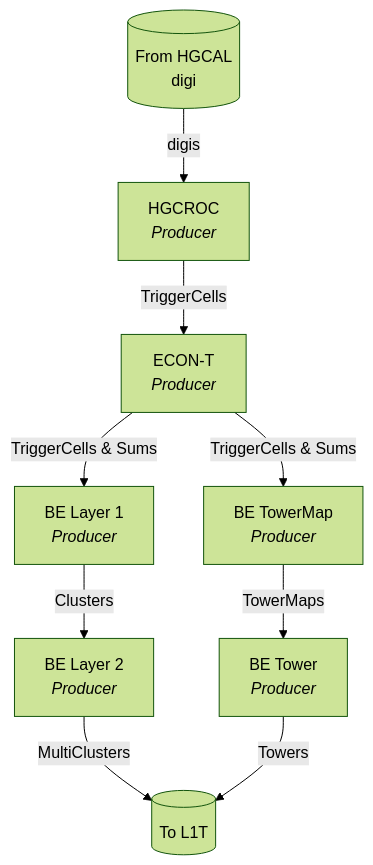
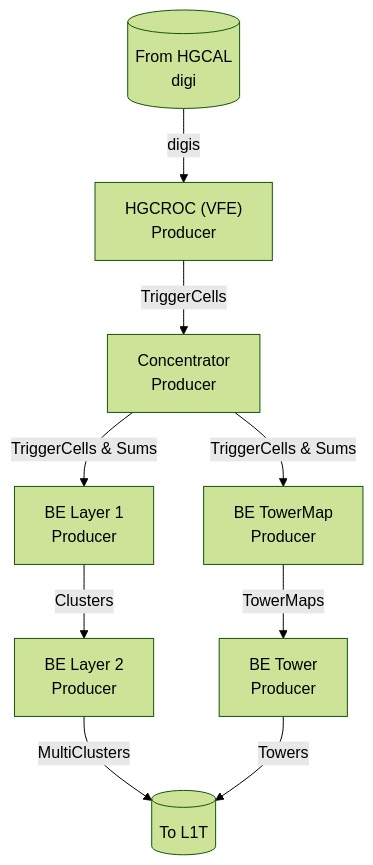
One commit to hgc-tpg/cmssw changed the first of 3 diagrams in L1Trigger/L1THGCal/README.md. Above: the diagram before and after it, drawn with Mermaid (forest theme). The commit also changed other lines of this file, not shown here.

Commit message:
Add class diagrams in documentation

````diff
--- a/L1Trigger/L1THGCal/README.md
+++ b/L1Trigger/L1THGCal/README.md
@@ -13,26 +13,26 @@
 ```mermaid
 flowchart TB
-    digi[("`From HGCAL
-    digi`")]
-    hgcroc["`HGCROC
-    *Producer*`"]
-    econ["`ECON-T
-    *Producer*`"]
-    stage1["`BE Layer 1
-    *Producer*`"]
-    stage2["`BE Layer 2
-    *Producer*`"]
-    towermap["`BE TowerMap
-    *Producer*`"]
-    tower["`BE Tower
-    *Producer*`"]
+    digi[("From HGCAL
+    digi")]
+    hgcroc["HGCROC (VFE)
+    Producer"]
+    econ["Concentrator
+    Producer"]
+    stage1["BE Layer 1
+    Producer"]
+    stage2["BE Layer 2
+    Producer"]
+    towermap["BE TowerMap
+    Producer"]
+    tower["BE Tower
+    Producer"]
     l1t[(To L1T)]
     digi -- digis --> hgcroc
     hgcroc -- TriggerCells --> econ
-    econ -- TriggerCells & Sums--> stage1
+    econ -- TriggerCells & Sums --> stage1
     stage1 -- Clusters --> stage2
     econ -- TriggerCells & Sums --> towermap
     towermap -- TowerMaps --> tower
     stage2 -- MultiClusters --> l1t
     tower -- Towers --> l1t
 ```
````
